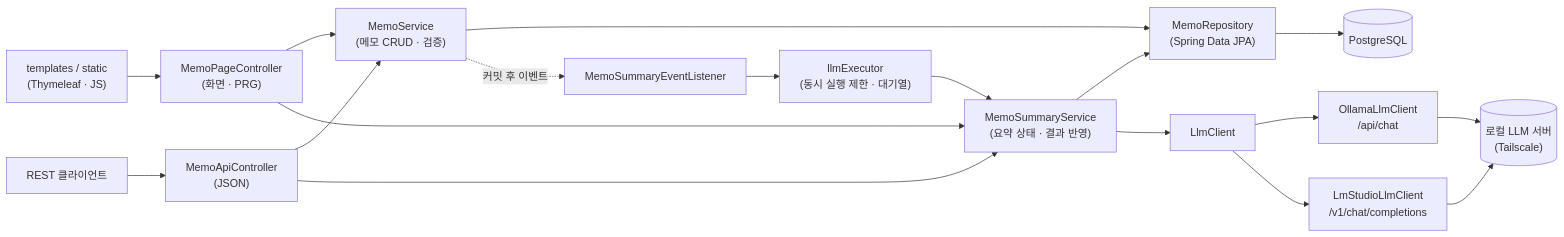
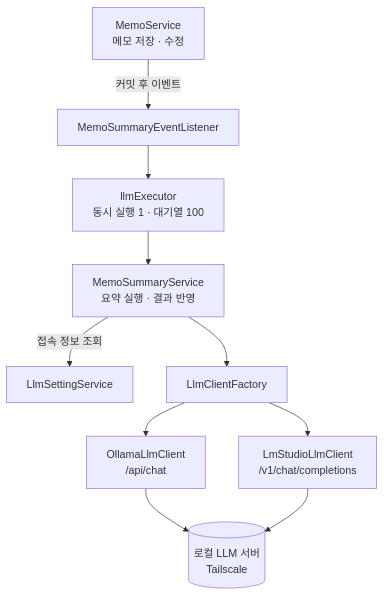
The second of 4 diagrams in README.md (Hasegos/coding-test-project), drawn with Mermaid before and after one commit. The commit also changed other lines of this file, not shown here.

````diff
--- a/README.md
+++ b/README.md
@@ -111,19 +145,12 @@
 ```mermaid
-flowchart LR
-    V["templates / static<br/>(Thymeleaf · JS)"] --> PC["MemoPageController<br/>(화면 · PRG)"]
-    API["REST 클라이언트"] --> AC["MemoApiController<br/>(JSON)"]
-    PC --> S["MemoService<br/>(메모 CRUD · 검증)"]
-    AC --> S
-    PC --> SS["MemoSummaryService<br/>(요약 상태 · 결과 반영)"]
-    AC --> SS
-    S --> R["MemoRepository<br/>(Spring Data JPA)"]
-    SS --> R
-    R --> DB[("PostgreSQL")]
-    S -. "커밋 후 이벤트" .-> L["MemoSummaryEventListener"]
-    L --> E["llmExecutor<br/>(동시 실행 제한 · 대기열)"]
-    E --> SS
-    SS --> LC["LlmClient"]
-    LC --> O["OllamaLlmClient<br/>/api/chat"]
-    LC --> LM["LmStudioLlmClient<br/>/v1/chat/completions"]
-    O & LM --> LLM[("로컬 LLM 서버<br/>(Tailscale)")]
+flowchart TB
+    A["MemoService<br/>메모 저장 · 수정"] -->|"커밋 후 이벤트"| B["MemoSummaryEventListener"]
+    B --> C["llmExecutor<br/>동시 실행 1 · 대기열 100"]
+    C --> D["MemoSummaryService<br/>요약 실행 · 결과 반영"]
+    D -->|"접속 정보 조회"| E["LlmSettingService"]
+    D --> F["LlmClientFactory"]
+    F --> G["OllamaLlmClient<br/>/api/chat"]
+    F --> H["LmStudioLlmClient<br/>/v1/chat/completions"]
+    G --> I[("로컬 LLM 서버<br/>Tailscale")]
+    H --> I
 ```
````
